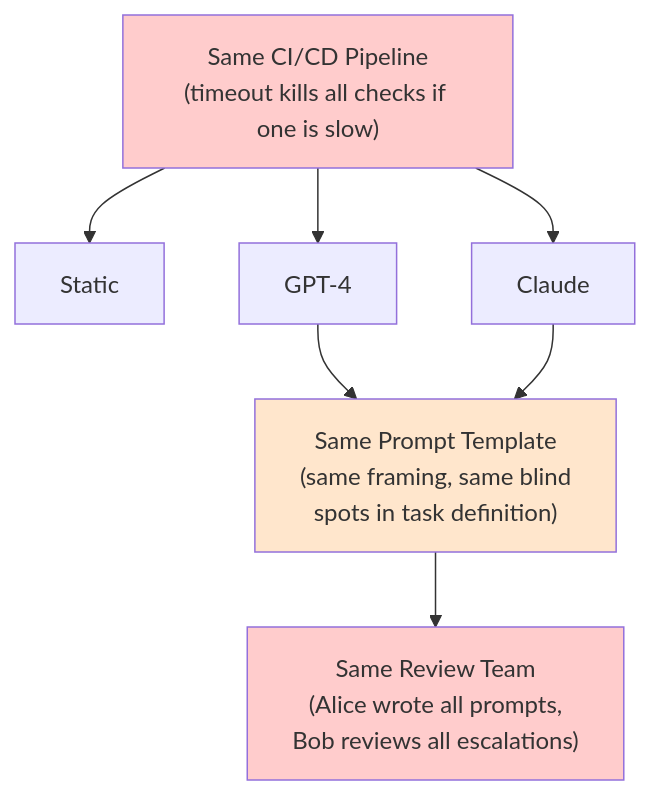
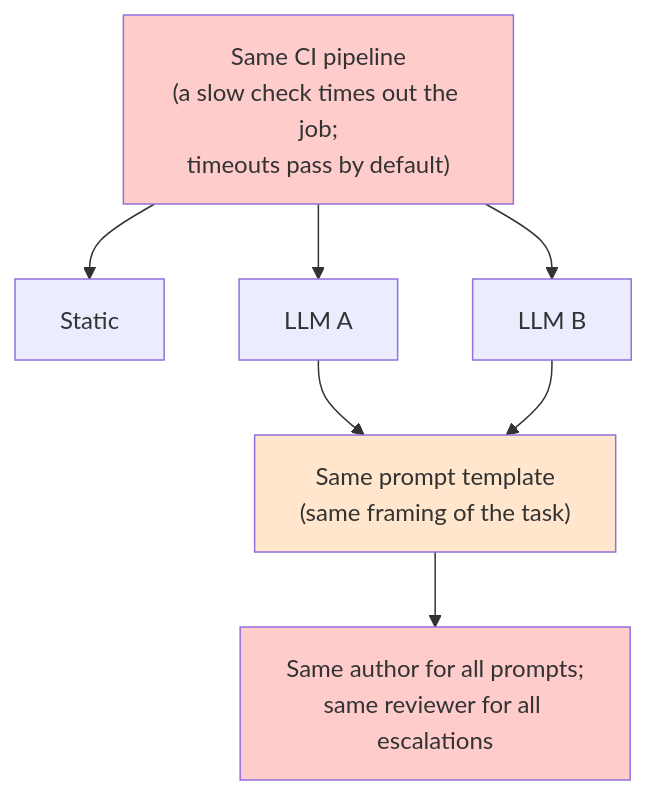
The second of 9 diagrams in apps/delegation-risk/src/content/docs/entanglements/case-studies/examples.md (quantified-uncertainty/cairn), drawn with Mermaid before and after one commit. The commit also changed other lines of this file and 253 other files, not shown here.

````diff
--- a/apps/delegation-risk/src/content/docs/entanglements/case-studies/examples.md
+++ b/apps/delegation-risk/src/content/docs/entanglements/case-studies/examples.md
@@ -64,14 +64,14 @@
 ```mermaid
 flowchart TB
-    CI["Same CI/CD Pipeline<br/>(timeout kills all checks if one is slow)"]
+    CI["Same CI pipeline<br/>(a slow check times out the job;<br/>timeouts pass by default)"]
     CI --> S["Static"]
-    CI --> G["GPT-4"]
-    CI --> C["Claude"]
-    G --> PT["Same Prompt Template<br/>(same framing, same blind<br/>spots in task definition)"]
+    CI --> G["LLM A"]
+    CI --> C["LLM B"]
+    G --> PT["Same prompt template<br/>(same framing of the task)"]
     C --> PT
-    PT --> RT["Same Review Team<br/>(Alice wrote all prompts,<br/>Bob reviews all escalations)"]
+    PT --> RT["Same author for all prompts;<br/>same reviewer for all escalations"]
 
     style CI fill:#ffcccc
     style PT fill:#ffe6cc
     style RT fill:#ffcccc
 ```
````
